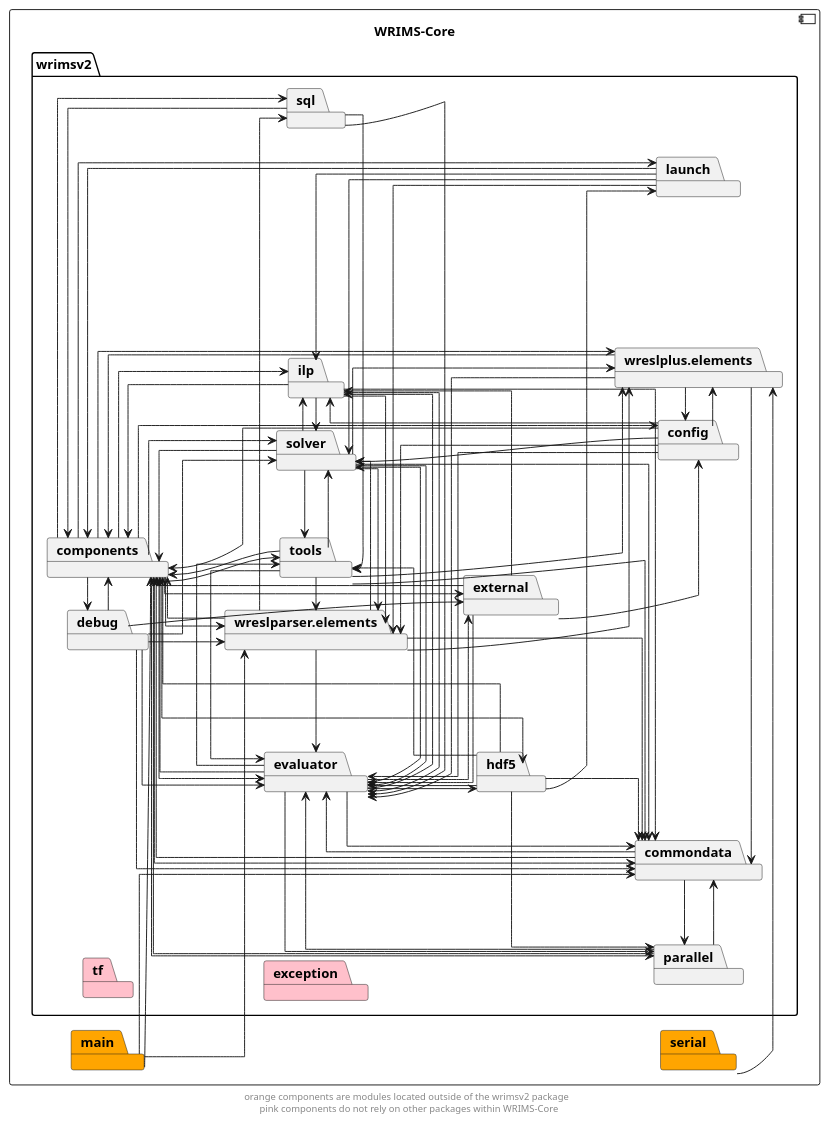
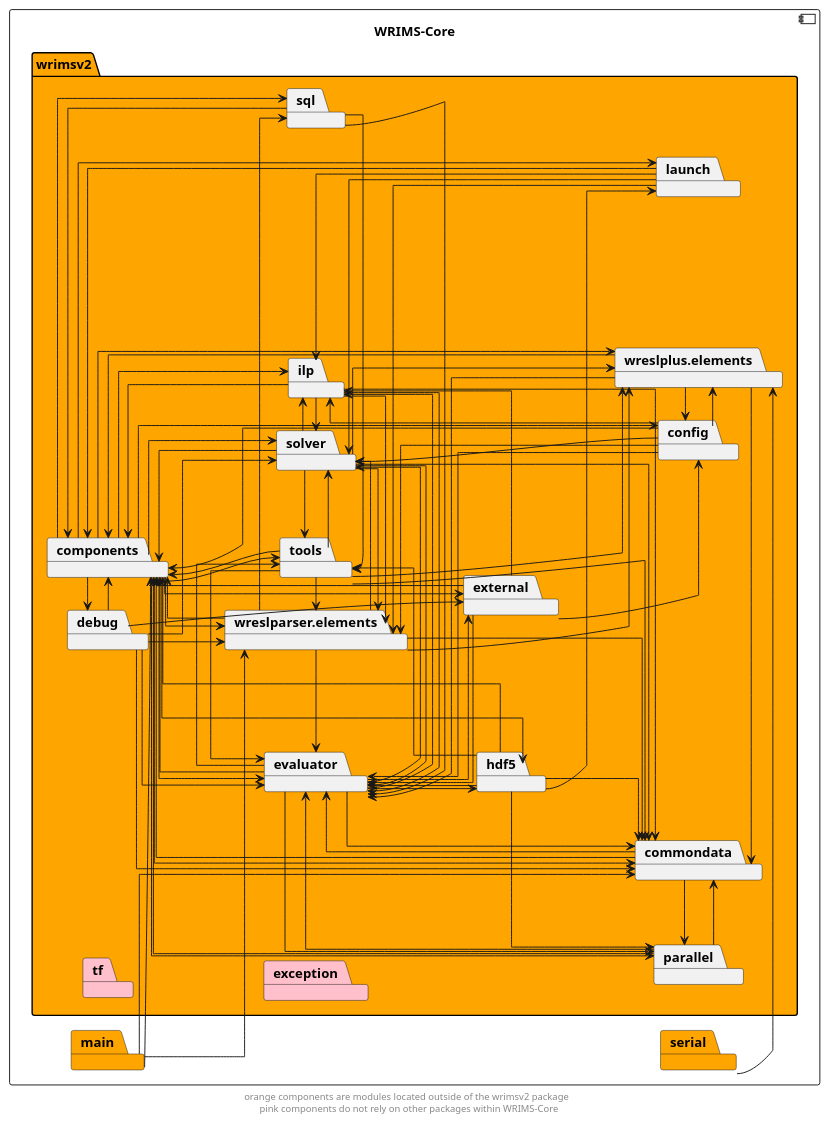
Before and after one commit to CentralValleyModeling/wrims: the diagram in docs/diagrams/wrims-core/wrims-core-interdeps-simplified.puml, drawn with PlantUML. The commit also changed 63 other files, not shown here.

Commit message:
updated diagrams for improved consistency and legibility

```diff
--- a/docs/diagrams/wrims-core/wrims-core-interdeps-simplified.puml
+++ b/docs/diagrams/wrims-core/wrims-core-interdeps-simplified.puml
@@ -1,142 +1,142 @@
 @startuml
 left to right direction
 skinparam linetype ortho
 
 component wrims_core as "WRIMS-Core" {
     package main #orange
     package serial #orange
-    package wrimsv2 {
+    package wrimsv2 #orange {
         package commondata
         package components
         package config
         package debug
         package evaluator
         package exception #pink
         package external
         package hdf5
         package ilp
         package launch
         package parallel
         package solver
         package sql
         package tf #pink
         package tools
         package wreslparser.elements
         package wreslplus.elements
     }
 }
 
 
 main -> components
 main -> wreslparser.elements
 main --> commondata
 
 serial -> wreslplus.elements
 
 commondata -> evaluator
 commondata -> components
 commondata -> parallel
 
 components -> commondata
 components --> evaluator
 components -> external
 components -> solver
 components -> ilp
 components -> wreslparser.elements
 components -> wreslplus.elements
 components -> config
 components -> hdf5
 components -> launch
 components -> sql
 components -> tools
 components -> debug
 components -> parallel
 
 config -> components
 config --> evaluator
 config --> ilp
 config -> solver
 config -> wreslplus.elements
 config -> wreslparser.elements
 
 debug -> components
 debug --> wreslparser.elements
 debug -> solver
 debug -> commondata
 debug -> evaluator
 debug -> external
 
 evaluator -> commondata
 evaluator -> components
 evaluator --> parallel
 evaluator -> tools
 evaluator -> hdf5
 evaluator -> solver
 evaluator --> external
 evaluator -> ilp
 
 external -> components
 external -> evaluator
 external -> ilp
 external --> config
 
 hdf5 -> components
 hdf5 --> evaluator
 hdf5 --> launch
 hdf5 -> commondata
 hdf5 -> parallel
 hdf5 -> tools
 
 ilp -> commondata
 ilp -> components
 ilp -> evaluator
 ilp -> solver
 ilp -> wreslparser.elements
 
 launch -> ilp
 launch -> components
 launch -> wreslparser.elements
 launch -> solver
 
 parallel -> components
 parallel -> commondata
 parallel -> evaluator
 
 solver -> commondata
 solver -> components
 solver -> evaluator
 solver -> wreslparser.elements
 solver -> ilp
 solver -> tools
 solver -> wreslplus.elements
 
 sql -> components
 sql -> tools
 sql -> evaluator
 
 tools -> solver
 tools -> wreslplus.elements
 tools -> commondata
 tools -> components
 tools -> evaluator
 tools -> wreslparser.elements
 
 wreslparser.elements -> commondata
 wreslparser.elements -> components
 wreslparser.elements -> wreslplus.elements
 wreslparser.elements -> evaluator
 wreslparser.elements -> solver
 wreslparser.elements -> sql
 
 wreslplus.elements -> components
 wreslplus.elements -> commondata
 wreslplus.elements -> config
 wreslplus.elements -> evaluator
 
 ' The following relationships are hidden and used to format the diagram. They do not represent actual dependencies.
 solver -d[hidden]-> commondata
 tf -d[hidden]-> exception
 
 footer "orange components are modules located outside of the wrimsv2 package \n pink components do not rely on other packages within WRIMS-Core"
 
 @enduml
```
